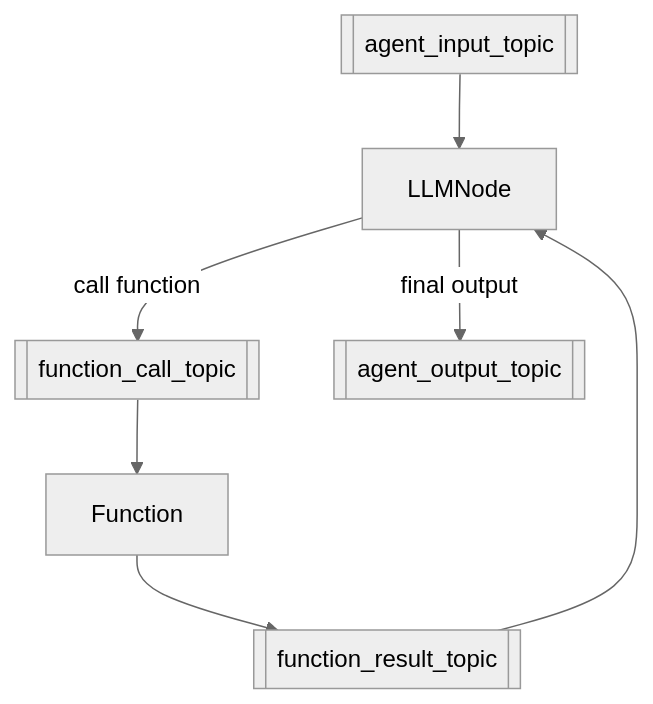
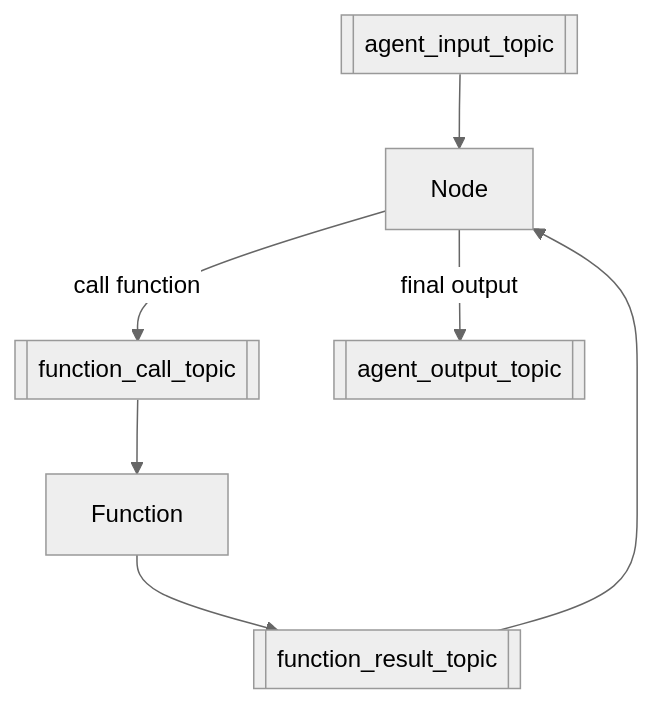
The diagram in README.md (binome-dev/graphite), drawn with Mermaid (neutral theme) before and after one commit. The commit also changed 68 other files, not shown here.

````diff
--- a/README.md
+++ b/README.md
@@ -75,9 +75,9 @@
 ```mermaid
 graph TD;
-    Input[[agent_input_topic]]-->LLMNode;
-    LLMNode--"call function"-->FunctionCallTopic[[function_call_topic]];
+    Input[[agent_input_topic]]-->Node;
+    Node--"call function"-->FunctionCallTopic[[function_call_topic]];
     FunctionCallTopic-->Function;
     Function-->FunctionResultTopic[[function_result_topic]]
-    FunctionResultTopic-->LLMNode;
-    LLMNode--"final output"-->Output[[agent_output_topic]];
+    FunctionResultTopic-->Node;
+    Node--"final output"-->Output[[agent_output_topic]];
 ```
````
